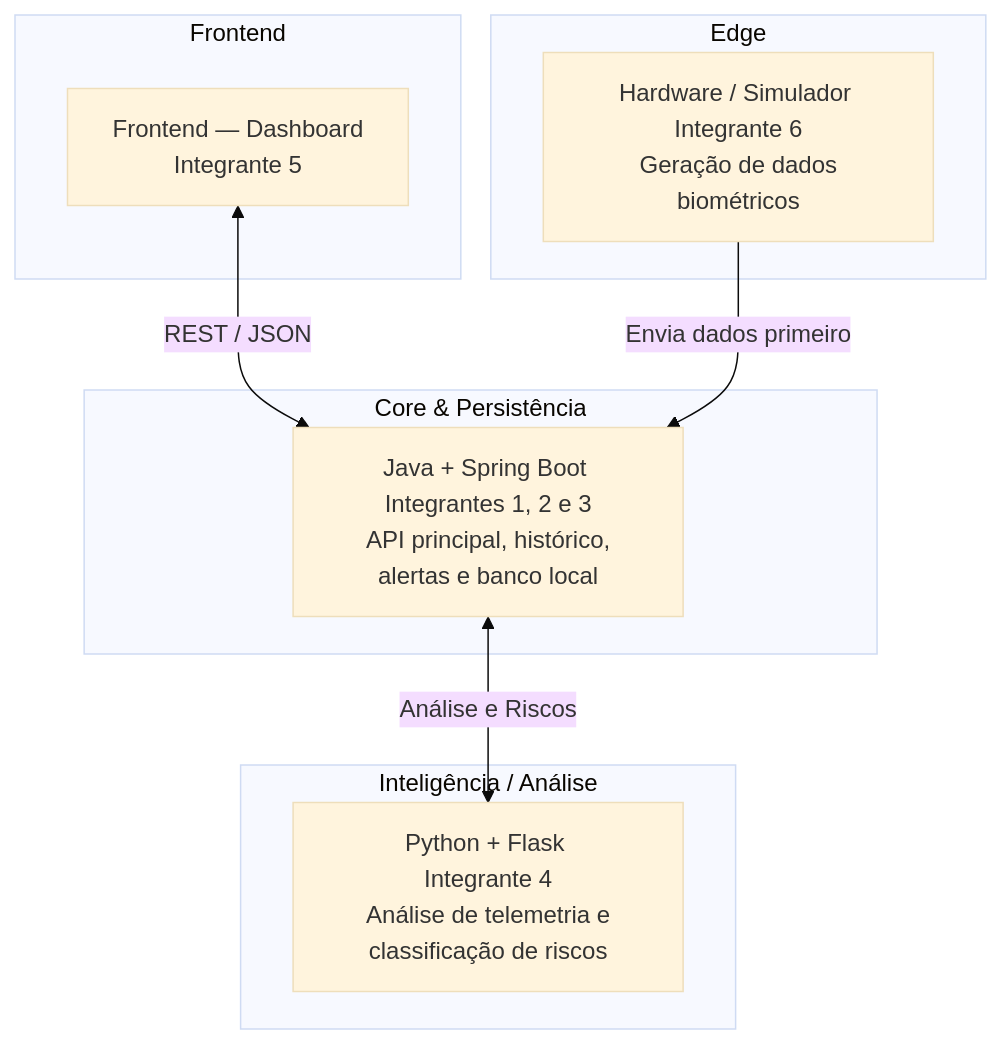
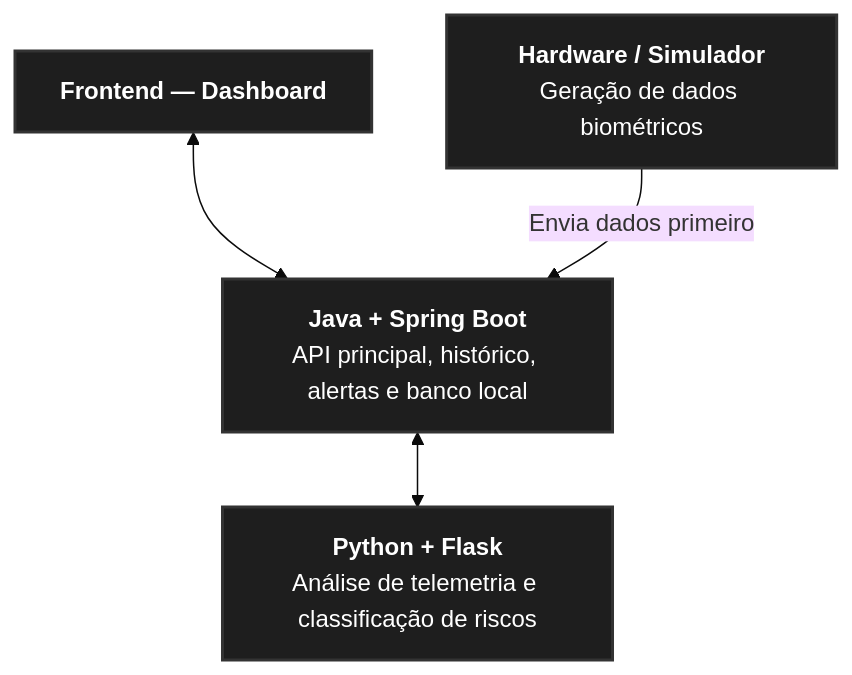
Before and after one commit to rapadura-cosmica-nasa/.github: the diagram in profile/README.md, drawn with Mermaid (base theme).

````diff
--- a/profile/README.md
+++ b/profile/README.md
@@ -22,23 +22,13 @@
 ```mermaid
 graph TD
-    subgraph Frontend
-        A[Frontend — Dashboard <br/> Integrante 5]
-    end
+    Frontend["<b>Frontend — Dashboard</b>"]
+    Java["<b>Java + Spring Boot</b><br/>API principal, histórico, alertas e banco local"]
+    Python["<b>Python + Flask</b><br/>Análise de telemetria e classificação de riscos"]
+    Hardware["<b>Hardware / Simulador</b><br/>Geração de dados biométricos"]
 
-    subgraph Core & Persistência
-        B[Java + Spring Boot <br/> Integrantes 1, 2 e 3 <br/> API principal, histórico, alertas e banco local]
-    end
+    Frontend <--> Java
+    Java <--> Python
+    Hardware -->|"Envia dados primeiro"| Java
 
-    subgraph Inteligência / Análise
-        C[Python + Flask <br/> Integrante 4 <br/> Análise de telemetria e classificação de riscos]
-    end
-
-    subgraph Edge
-        D[Hardware / Simulador <br/> Integrante 6 <br/> Geração de dados biométricos]
-    end
-
-    %% Fluxo de conexões atualizado
-    A <-->|REST / JSON| B
-    B <-->|Análise e Riscos| C
-    D -->|Envia dados primeiro| B
+    classDef default fill:#1e1e1e,stroke:#333,stroke-width:2px,color:#fff;
 ```
````
